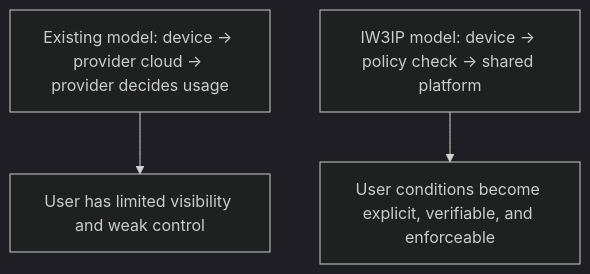
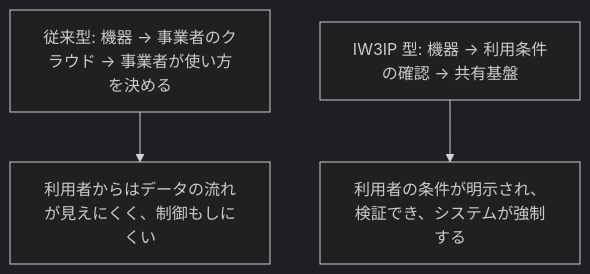
One commit to ertlnagoya/iw3ip.github.io changed the second of 3 diagrams in docs/platform-overview.md. Above: the diagram before and after it, drawn with Mermaid (dark theme). The commit also changed other lines of this file and 60 other files, not shown here.

````diff
--- a/docs/platform-overview.md
+++ b/docs/platform-overview.md
@@ -107,5 +107,5 @@
 ```mermaid
 flowchart TD
-  A["Existing model: device -> provider cloud -> provider decides usage"] --> B["User has limited visibility and weak control"]
-  C["IW3IP model: device -> policy check -> shared platform"] --> D["User conditions become explicit, verifiable, and enforceable"]
+  A["従来型: 機器 → 事業者のクラウド → 事業者が使い方を決める"] --> B["利用者からはデータの流れが見えにくく、制御もしにくい"]
+  C["IW3IP 型: 機器 → 利用条件の確認 → 共有基盤"] --> D["利用者の条件が明示され、検証でき、システムが強制する"]
 ```
````
